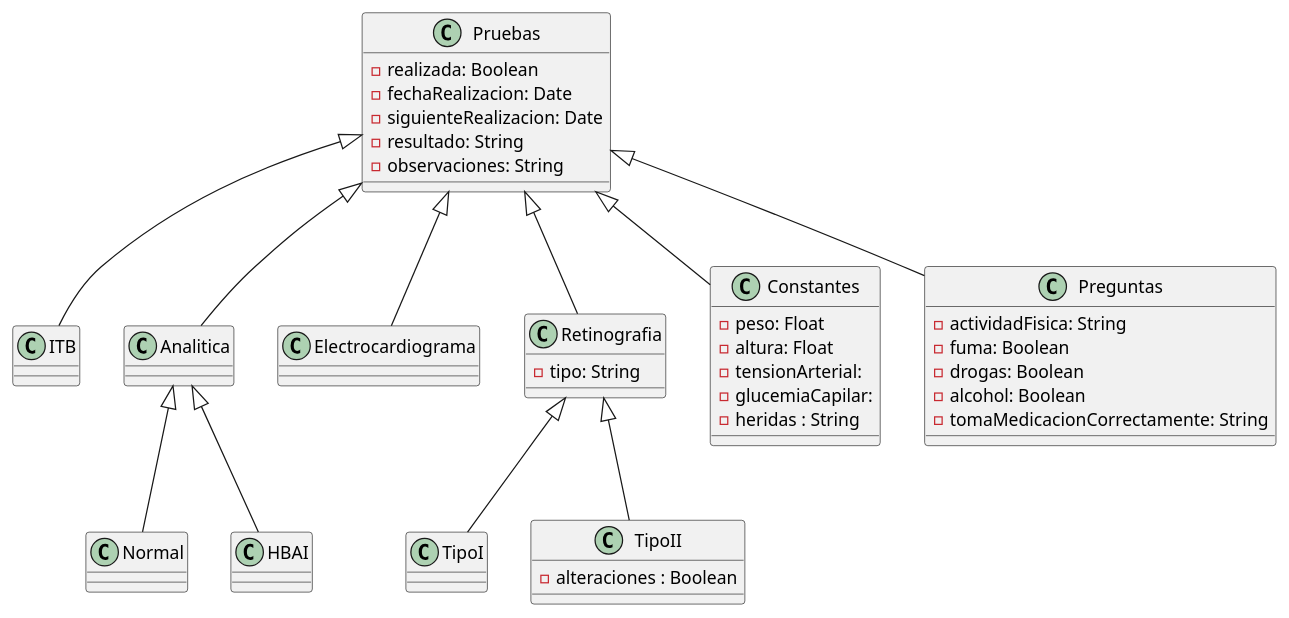
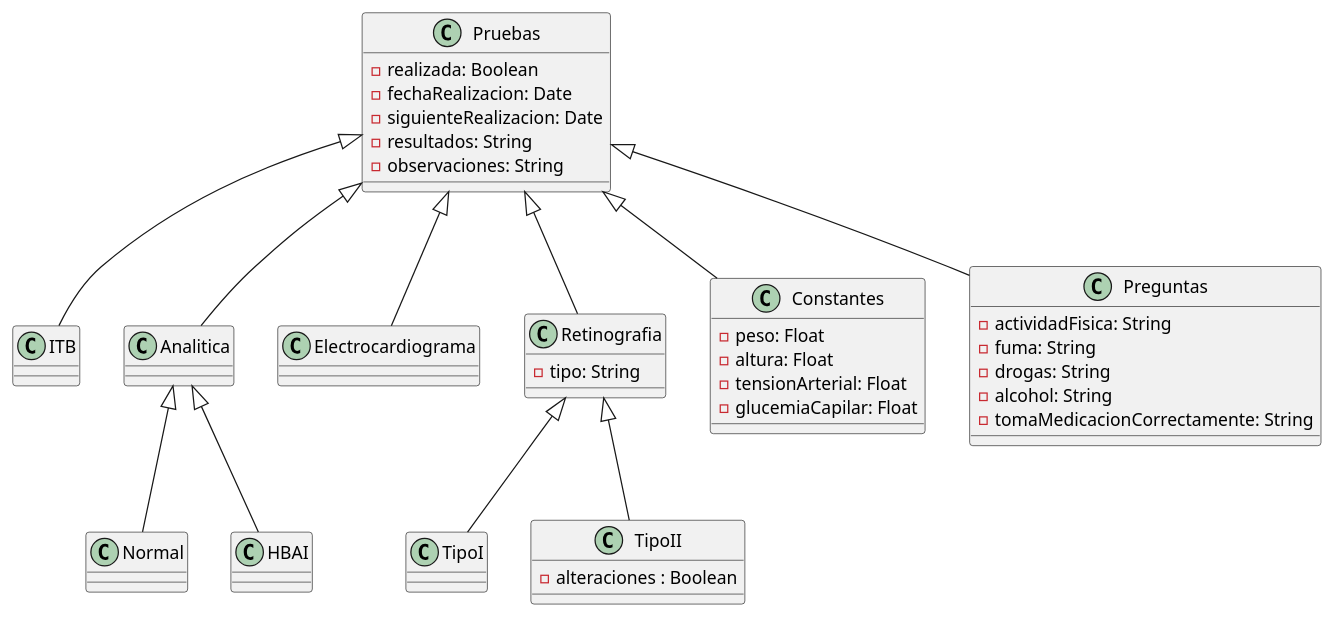
The diagram in documentos/01-modeloDeDominio/diagramaDeClases/DdC+atributos.puml (mariaarroniz/pySDyPP), drawn with PlantUML before and after one commit. The commit also changed 2 other files, not shown here.

Commit message:
docs: state and use case diagrams

```diff
--- a/documentos/01-modeloDeDominio/diagramaDeClases/DdC+atributos.puml
+++ b/documentos/01-modeloDeDominio/diagramaDeClases/DdC+atributos.puml
@@ -1,49 +1,48 @@
 @startuml
 
 class Pruebas{
     - realizada: Boolean
     - fechaRealizacion: Date
     - siguienteRealizacion: Date
-    - resultado: String
+    - resultados: String
     - observaciones: String
 }
 class ITB{}
 class Analitica{}
 class Normal{}
 class HBAI{}
 class Electrocardiograma{}
 class Retinografia{
     - tipo: String
 }
 class TipoI{}
 class TipoII{
     - alteraciones : Boolean
 }
 class Constantes{
     - peso: Float
     - altura: Float
-    - tensionArterial: 
-    - glucemiaCapilar:
-    - heridas : String
+    - tensionArterial: Float
+    - glucemiaCapilar: Float
 }
 class Preguntas{
     - actividadFisica: String
-    - fuma: Boolean
-    - drogas: Boolean
-    - alcohol: Boolean
+    - fuma: String
+    - drogas: String
+    - alcohol: String
     - tomaMedicacionCorrectamente: String
 }
 
 
 Pruebas <|--  ITB
 Pruebas <|-- Analitica
 Pruebas <|-- Electrocardiograma
 Pruebas <|-- Retinografia
 Pruebas <|-- Constantes
 Pruebas <|-- Preguntas
 Analitica <|-- Normal
 Analitica <|-- HBAI
 Retinografia <|-- TipoI
 Retinografia <|-- TipoII
 
 @enduml
```
